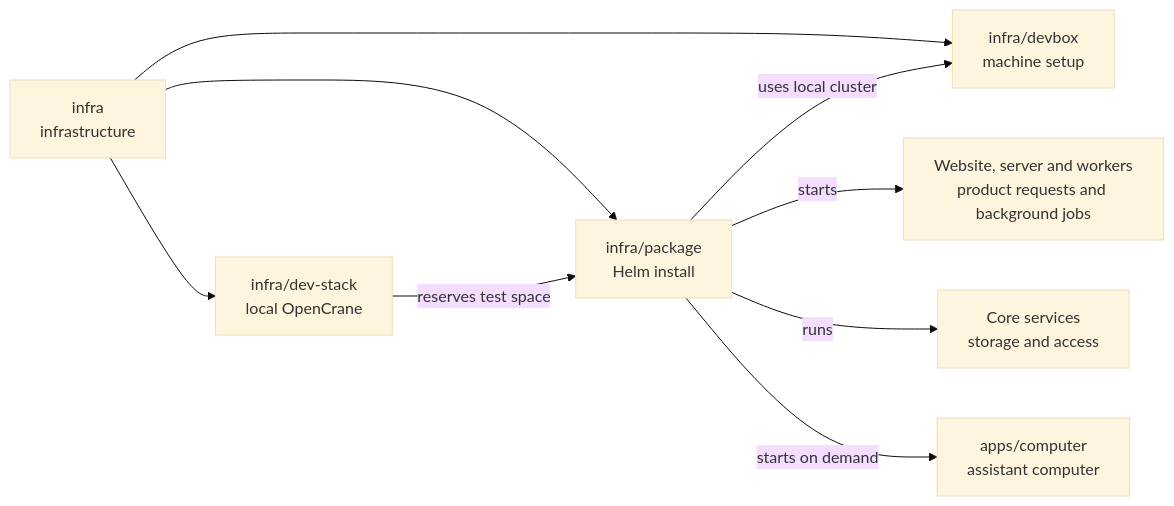
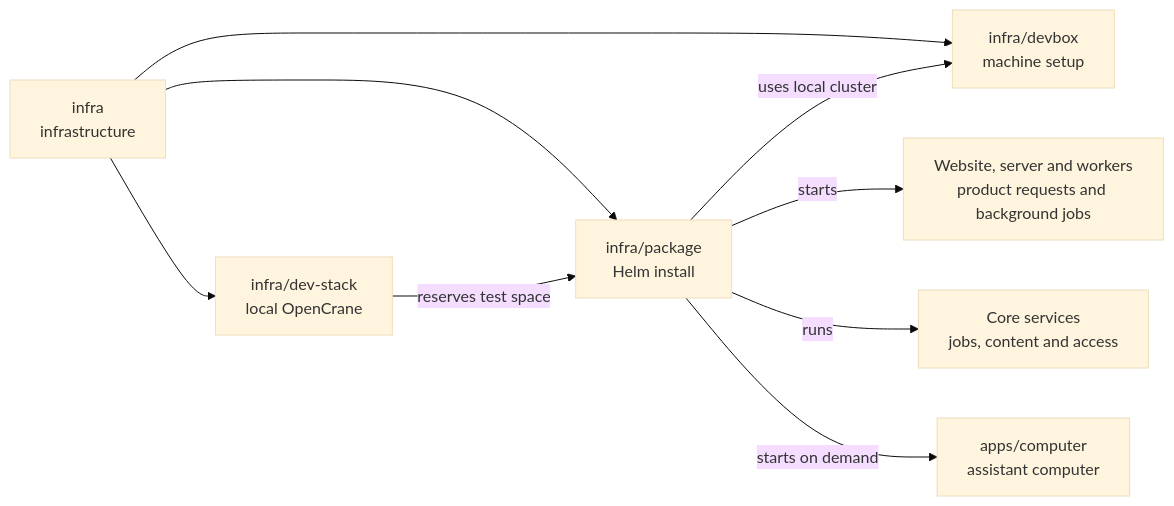
Before and after one commit to elewa-git/opencrane-new: the diagram in infra/package/README.md, drawn with Mermaid (base theme). The commit also changed other lines of this file and 12 other files, not shown here.

````diff
--- a/infra/package/README.md
+++ b/infra/package/README.md
@@ -18,11 +18,11 @@
 ```mermaid
 flowchart LR
   infra["infra<br/>infrastructure"] --> package["infra/package<br/>Helm install"]
   infra --> stack["infra/dev-stack<br/>local OpenCrane"]
   infra --> devbox["infra/devbox<br/>machine setup"]
   stack -->|reserves test space| package
   package -->|uses local cluster| devbox
   package -->|starts| apps["Website, server and workers<br/>product requests and background jobs"]
-  package -->|runs| services["Core services<br/>storage and access"]
+  package -->|runs| services["Core services<br/>jobs, content and access"]
   package -->|starts on demand| computer["apps/computer<br/>assistant computer"]
 ```
````
